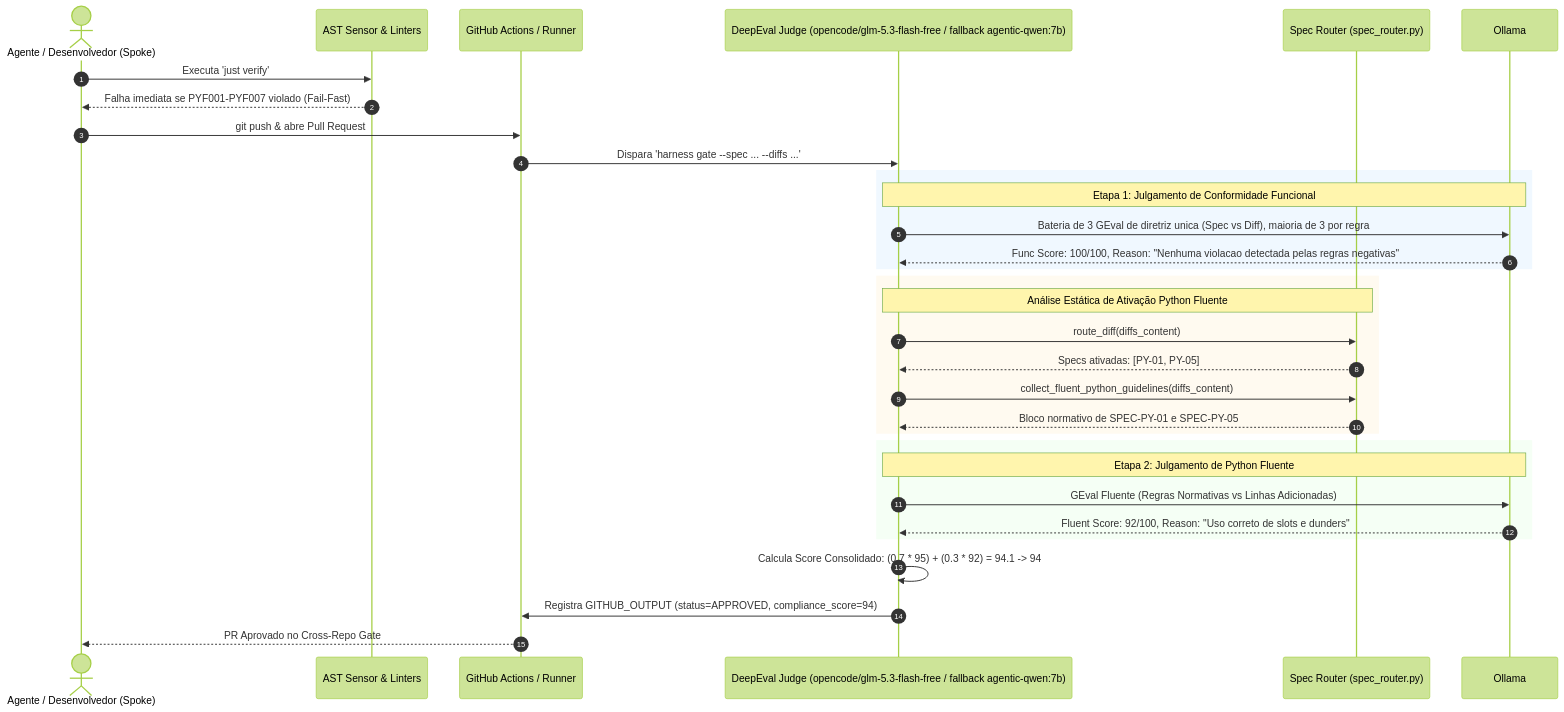
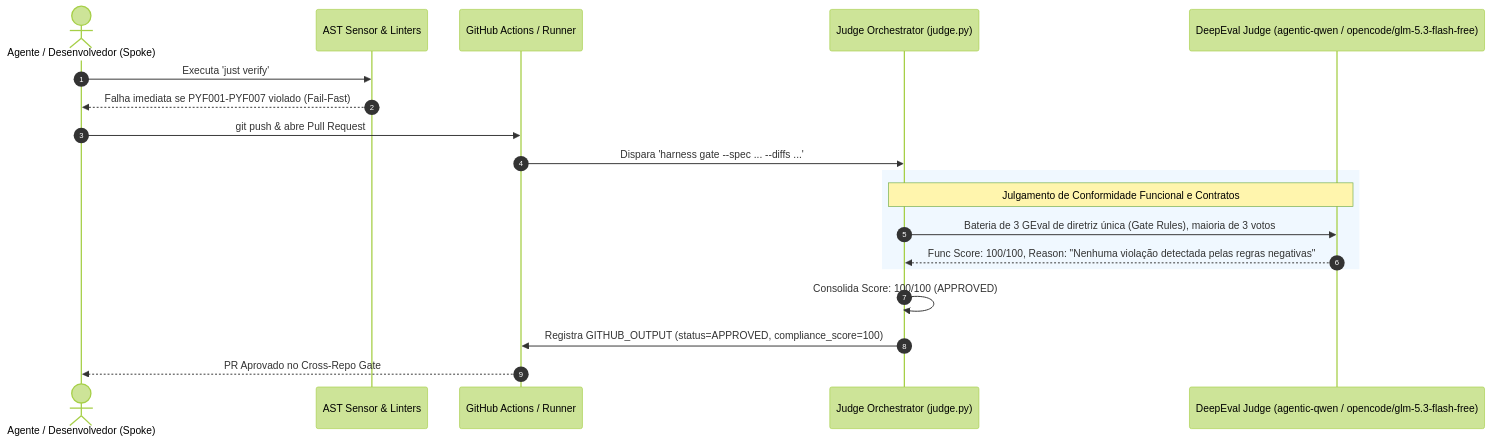
Before and after one commit to eduardosan/harness-state: the third of 3 diagrams in docs/architecture/code-evaluation-flow.md, drawn with Mermaid (forest theme). The commit also changed other lines of this file and 3 other files, not shown here.

````diff
--- a/docs/architecture/code-evaluation-flow.md
+++ b/docs/architecture/code-evaluation-flow.md
@@ -132,39 +113,24 @@
 ```mermaid
 sequenceDiagram
     autonumber
     actor Dev as Agente / Desenvolvedor (Spoke)
     participant LocalSensors as AST Sensor & Linters
     participant Actions as GitHub Actions / Runner
     participant Judge as Judge Orchestrator (judge.py)
-    participant Router as Spec Router (spec_router.py)
-    participant Judge as DeepEval Judge (opencode/glm-5.3-flash-free / fallback agentic-qwen:7b)
+    participant Ollama as DeepEval Judge (agentic-qwen / opencode/glm-5.3-flash-free)
 
     Dev->>LocalSensors: Executa 'just verify'
     LocalSensors-->>Dev: Falha imediata se PYF001-PYF007 violado (Fail-Fast)
     Dev->>Actions: git push & abre Pull Request
     Actions->>Judge: Dispara 'harness gate --spec ... --diffs ...'
     
     rect rgb(240, 248, 255)
-    Note over Judge,Ollama: Etapa 1: Julgamento de Conformidade Funcional
-    Judge->>Ollama: Bateria de 3 GEval de diretriz unica (Spec vs Diff), maioria de 3 por regra
-    Ollama-->>Judge: Func Score: 100/100, Reason: "Nenhuma violacao detectada pelas regras negativas"
+    Note over Judge,Ollama: Julgamento de Conformidade Funcional e Contratos
+    Judge->>Ollama: Bateria de 3 GEval de diretriz única (Gate Rules), maioria de 3 votos
+    Ollama-->>Judge: Func Score: 100/100, Reason: "Nenhuma violação detectada pelas regras negativas"
     end
 
-    rect rgb(255, 250, 240)
-    Note over Judge,Router: Análise Estática de Ativação Python Fluente
-    Judge->>Router: route_diff(diffs_content)
-    Router-->>Judge: Specs ativadas: [PY-01, PY-05]
-    Judge->>Router: collect_fluent_python_guidelines(diffs_content)
-    Router-->>Judge: Bloco normativo de SPEC-PY-01 e SPEC-PY-05
-    end
-
-    rect rgb(245, 255, 245)
-    Note over Judge,Ollama: Etapa 2: Julgamento de Python Fluente
-    Judge->>Ollama: GEval Fluente (Regras Normativas vs Linhas Adicionadas)
-    Ollama-->>Judge: Fluent Score: 92/100, Reason: "Uso correto de slots e dunders"
-    end
-
-    Judge->>Judge: Calcula Score Consolidado: (0.7 * 95) + (0.3 * 92) = 94.1 -> 94
-    Judge->>Actions: Registra GITHUB_OUTPUT (status=APPROVED, compliance_score=94)
+    Judge->>Judge: Consolida Score: 100/100 (APPROVED)
+    Judge->>Actions: Registra GITHUB_OUTPUT (status=APPROVED, compliance_score=100)
     Actions-->>Dev: PR Aprovado no Cross-Repo Gate
 ```
````
